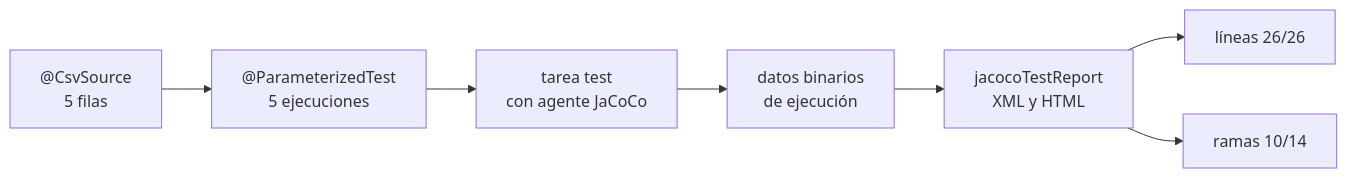
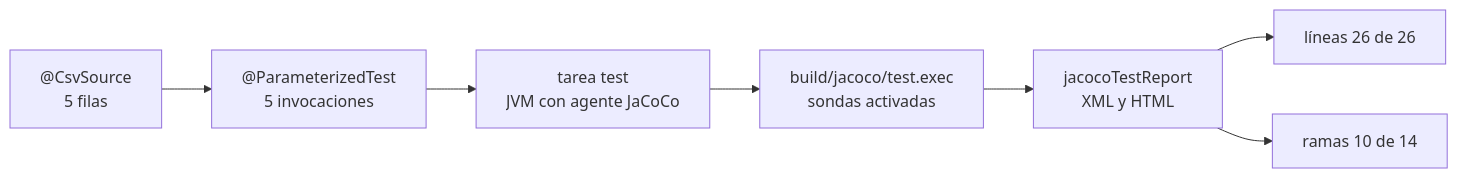
One commit to NICORUIZ93/The_Imperial_Book changed the third of 4 diagrams in web/public/content/java/modulo-9.md. Above: the diagram before and after it, drawn with Mermaid. The commit also changed other lines of this file and 65 other files, not shown here.

````diff
--- a/web/public/content/java/modulo-9.md
+++ b/web/public/content/java/modulo-9.md
@@ -1034,9 +1199,9 @@
 ```mermaid
 flowchart LR
-  CSV["@CsvSource<br/>5 filas"] --> PT["@ParameterizedTest<br/>5 ejecuciones"]
-  PT --> TEST["tarea test<br/>con agente JaCoCo"]
-  TEST --> EXEC["datos binarios<br/>de ejecución"]
+  CSV["@CsvSource<br/>5 filas"] --> PT["@ParameterizedTest<br/>5 invocaciones"]
+  PT --> TEST["tarea test<br/>JVM con agente JaCoCo"]
+  TEST --> EXEC["build/jacoco/test.exec<br/>sondas activadas"]
   EXEC --> REP["jacocoTestReport<br/>XML y HTML"]
-  REP --> L["líneas 26/26"]
-  REP --> B["ramas 10/14"]
+  REP --> L["líneas 26 de 26"]
+  REP --> B["ramas 10 de 14"]
 ```
````
